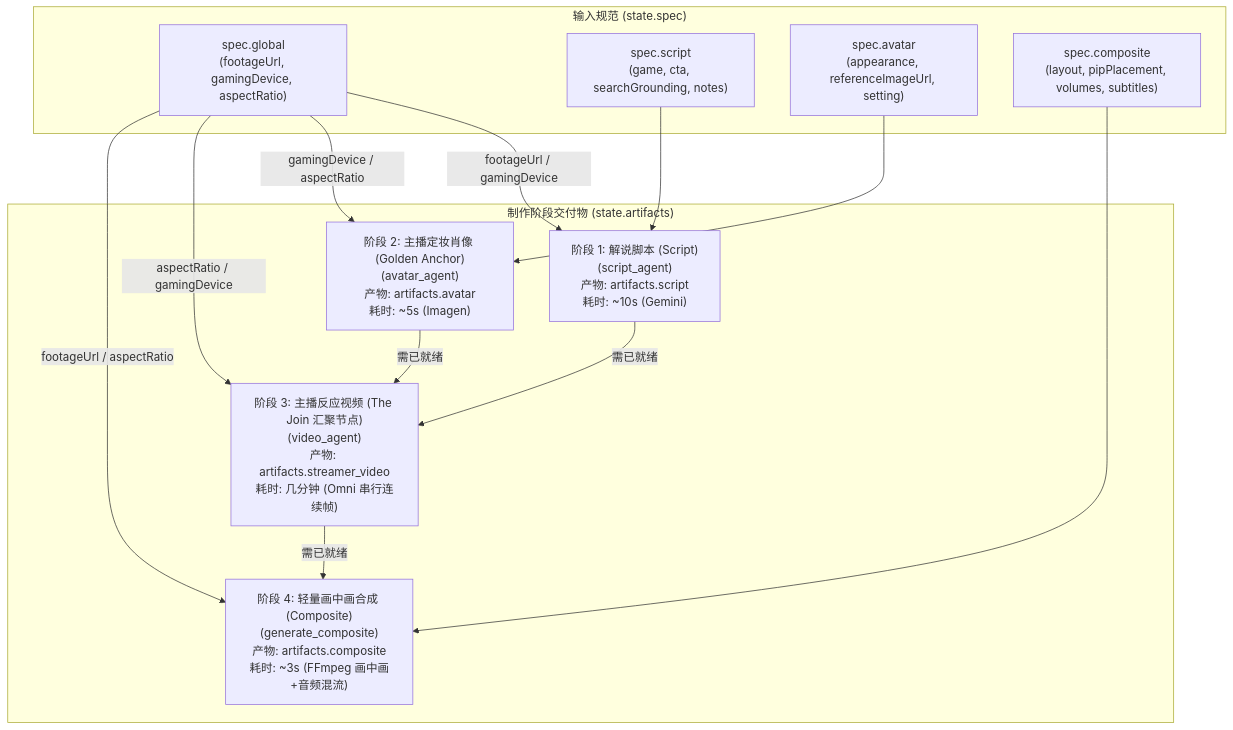
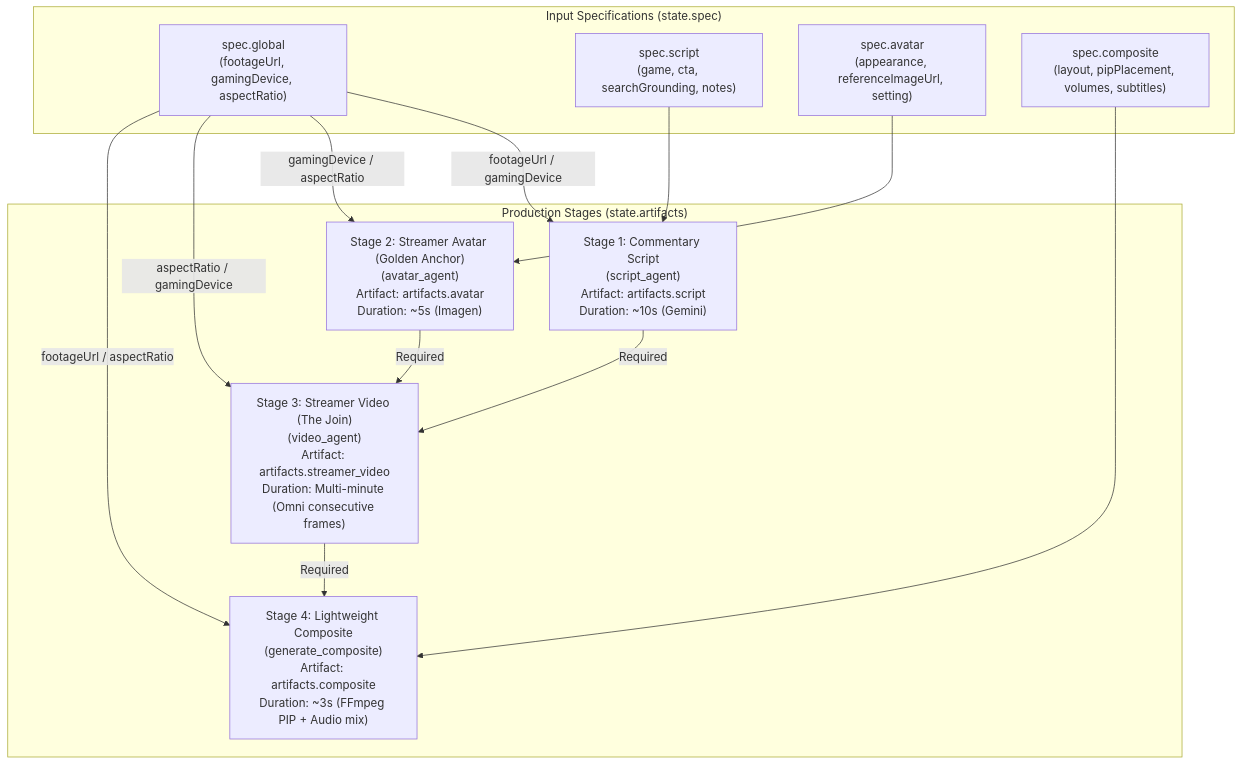
Before and after one commit to zgz-google/gamerheads-agent: the second of 2 diagrams in README.md, drawn with Mermaid. The commit also changed other lines of this file, not shown here.

````diff
--- a/README.md
+++ b/README.md
@@ -189,30 +189,30 @@
 ```mermaid
 flowchart TD
-    subgraph Spec_Inputs ["输入规范 (state.spec)"]
+    subgraph Spec_Inputs ["Input Specifications (state.spec)"]
         Spec_Global["spec.global\n(footageUrl, gamingDevice, aspectRatio)"]
         Spec_Script["spec.script\n(game, cta, searchGrounding, notes)"]
         Spec_Avatar["spec.avatar\n(appearance, referenceImageUrl, setting)"]
         Spec_Comp["spec.composite\n(layout, pipPlacement, volumes, subtitles)"]
     end
 
-    subgraph Pipeline_Stages ["制作阶段交付物 (state.artifacts)"]
-        Stage1["阶段 1: 解说脚本 (Script)\n(script_agent)\n产物: artifacts.script\n耗时: ~10s (Gemini)"]
-        Stage2["阶段 2: 主播定妆肖像 (Golden Anchor)\n(avatar_agent)\n产物: artifacts.avatar\n耗时: ~5s (Imagen)"]
-        Stage3["阶段 3: 主播反应视频 (The Join 汇聚节点)\n(video_agent)\n产物: artifacts.streamer_video\n耗时: 几分钟 (Omni 串行连续帧)"]
-        Stage4["阶段 4: 轻量画中画合成 (Composite)\n(generate_composite)\n产物: artifacts.composite\n耗时: ~3s (FFmpeg 画中画+音频混流)"]
+    subgraph Pipeline_Stages ["Production Stages (state.artifacts)"]
+        Stage1["Stage 1: Commentary Script\n(script_agent)\nArtifact: artifacts.script\nDuration: ~10s (Gemini)"]
+        Stage2["Stage 2: Streamer Avatar (Golden Anchor)\n(avatar_agent)\nArtifact: artifacts.avatar\nDuration: ~5s (Imagen)"]
+        Stage3["Stage 3: Streamer Video (The Join)\n(video_agent)\nArtifact: artifacts.streamer_video\nDuration: Multi-minute (Omni consecutive frames)"]
+        Stage4["Stage 4: Lightweight Composite\n(generate_composite)\nArtifact: artifacts.composite\nDuration: ~3s (FFmpeg PIP + Audio mix)"]
     end
 
     Spec_Global -->|footageUrl / gamingDevice| Stage1
     Spec_Script --> Stage1
 
     Spec_Global -->|gamingDevice / aspectRatio| Stage2
     Spec_Avatar --> Stage2
 
-    Stage1 -->|需已就绪| Stage3
-    Stage2 -->|需已就绪| Stage3
+    Stage1 -->|Required| Stage3
+    Stage2 -->|Required| Stage3
     Spec_Global -->|aspectRatio / gamingDevice| Stage3
 
-    Stage3 -->|需已就绪| Stage4
+    Stage3 -->|Required| Stage4
     Spec_Global -->|footageUrl / aspectRatio| Stage4
     Spec_Comp --> Stage4
 ```
````
